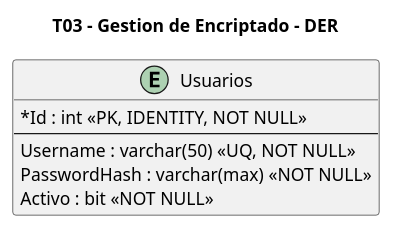
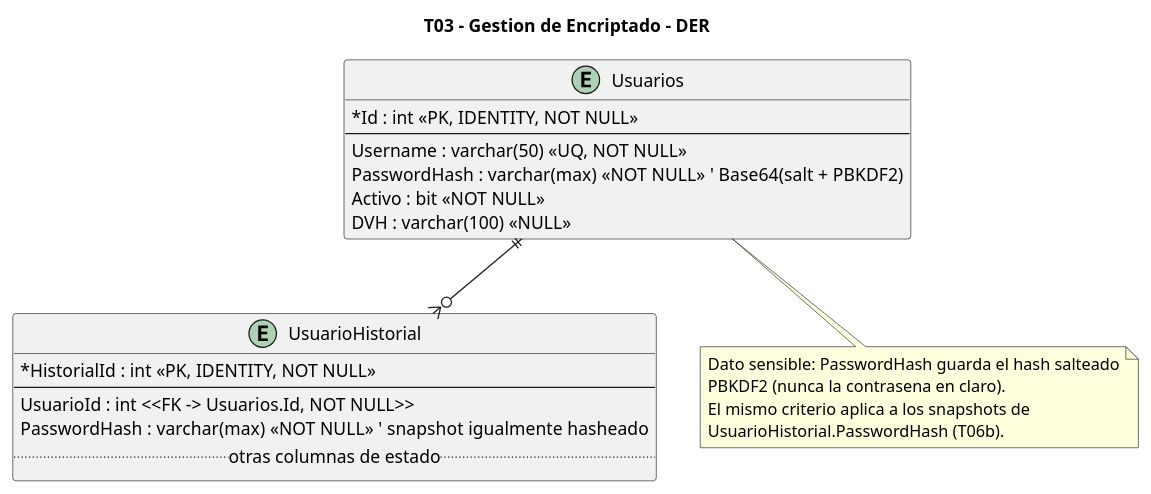
One commit to aggutierrez98/TP-TD changed the diagram in diagramas/T03-encriptado/T03-encriptado-datos.puml. Above: the diagram before and after it, drawn with PlantUML. The commit also changed 56 other files, not shown here.

Commit message:
Agregar diagramas

```diff
--- a/diagramas/T03-encriptado/T03-encriptado-datos.puml
+++ b/diagramas/T03-encriptado/T03-encriptado-datos.puml
@@ -1,16 +1,36 @@
 @startuml
 title T03 - Gestion de Encriptado - DER
 
 hide methods
 hide stereotypes
+skinparam backgroundColor white
 skinparam classAttributeIconSize 0
+skinparam shadowing false
 
 entity "Usuarios" as Usuarios {
   *Id : int <<PK, IDENTITY, NOT NULL>>
   --
   Username : varchar(50) <<UQ, NOT NULL>>
-  PasswordHash : varchar(max) <<NOT NULL>>
+  PasswordHash : varchar(max) <<NOT NULL>>  ' Base64(salt + PBKDF2)
   Activo : bit <<NOT NULL>>
+  DVH : varchar(100) <<NULL>>
 }
 
+entity "UsuarioHistorial" as Hist {
+  *HistorialId : int <<PK, IDENTITY, NOT NULL>>
+  --
+  UsuarioId : int <<FK -> Usuarios.Id, NOT NULL>>
+  PasswordHash : varchar(max) <<NOT NULL>>  ' snapshot igualmente hasheado
+  ..otras columnas de estado..
+}
+
+Usuarios ||--o{ Hist
+
+note bottom of Usuarios
+  Dato sensible: PasswordHash guarda el hash salteado
+  PBKDF2 (nunca la contrasena en claro).
+  El mismo criterio aplica a los snapshots de
+  UsuarioHistorial.PasswordHash (T06b).
+end note
+
 @enduml
```
